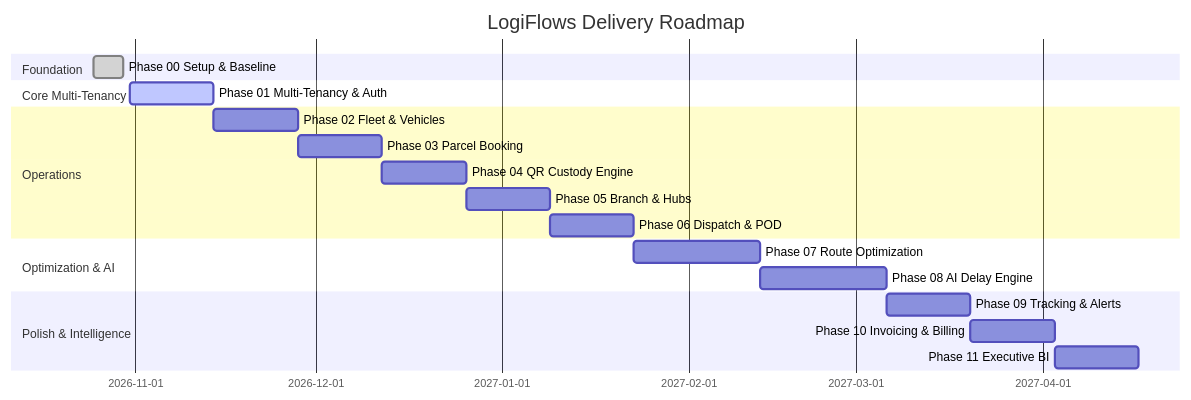
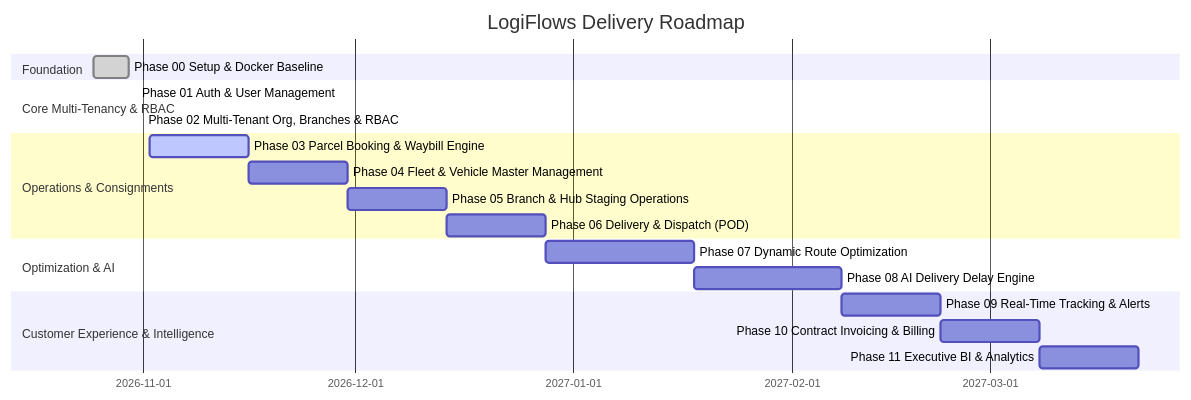
One commit to V-Balamurugan/logiflows changed the diagram in docs/09-agile/phase-tracker.md. Above: the diagram before and after it, drawn with Mermaid. The commit also changed other lines of this file and 4 other files, not shown here.

Commit message:
docs: update 12-phase delivery roadmap and milestone tracker across docs and architecture ui

````diff
--- a/docs/09-agile/phase-tracker.md
+++ b/docs/09-agile/phase-tracker.md
@@ -3,22 +3,22 @@
 ```mermaid
 gantt
     title LogiFlows Delivery Roadmap
     dateFormat  YYYY-MM-DD
     section Foundation
-    Phase 00 Setup & Baseline     :done,    p0, 2026-10-25, 2026-10-30
-    section Core Multi-Tenancy
-    Phase 01 Multi-Tenancy & Auth :active,  p1, 2026-10-31, 2026-11-14
-    section Operations
-    Phase 02 Fleet & Vehicles     :         p2, after p1, 14d
-    Phase 03 Parcel Booking       :         p3, after p2, 14d
-    Phase 04 QR Custody Engine    :         p4, after p3, 14d
-    Phase 05 Branch & Hubs        :         p5, after p4, 14d
-    Phase 06 Dispatch & POD       :         p6, after p5, 14d
+    Phase 00 Setup & Docker Baseline              :done,    p0, 2026-10-25, 2026-10-30
+    section Core Multi-Tenancy & RBAC
+    Phase 01 Auth & User Management               :done,    p1, 2026-10-31, 2026-10-31
+    Phase 02 Multi-Tenant Org, Branches & RBAC    :done,    p2, 2026-11-01, 2026-11-01
+    section Operations & Consignments
+    Phase 03 Parcel Booking & Waybill Engine       :active,  p3, 2026-11-02, 14d
+    Phase 04 Fleet & Vehicle Master Management     :         p4, after p3, 14d
+    Phase 05 Branch & Hub Staging Operations       :         p5, after p4, 14d
+    Phase 06 Delivery & Dispatch (POD)             :         p6, after p5, 14d
     section Optimization & AI
-    Phase 07 Route Optimization   :         p7, after p6, 21d
-    Phase 08 AI Delay Engine      :         p8, after p7, 21d
-    section Polish & Intelligence
-    Phase 09 Tracking & Alerts    :         p9, after p8, 14d
-    Phase 10 Invoicing & Billing  :         p10, after p9, 14d
-    Phase 11 Executive BI         :         p11, after p10, 14d
+    Phase 07 Dynamic Route Optimization            :         p7, after p6, 21d
+    Phase 08 AI Delivery Delay Engine              :         p8, after p7, 21d
+    section Customer Experience & Intelligence
+    Phase 09 Real-Time Tracking & Alerts           :         p9, after p8, 14d
+    Phase 10 Contract Invoicing & Billing          :         p10, after p9, 14d
+    Phase 11 Executive BI & Analytics              :         p11, after p10, 14d
 ```
````
